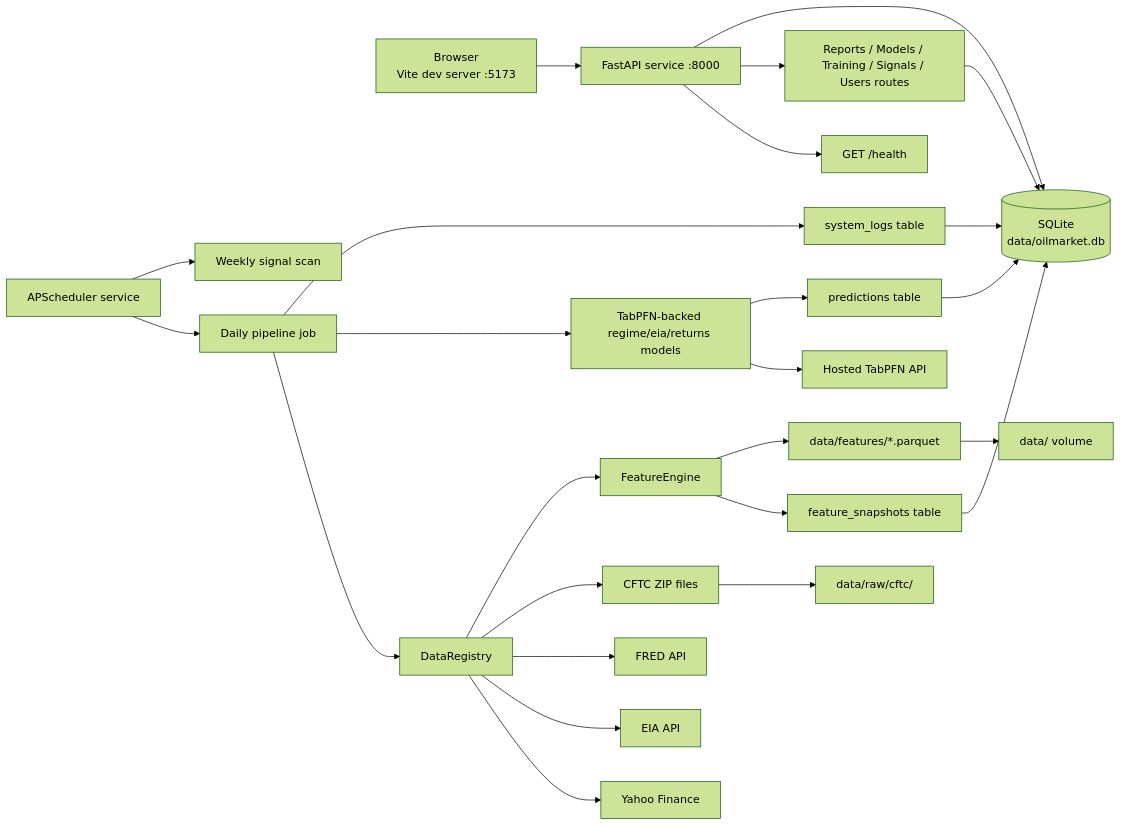
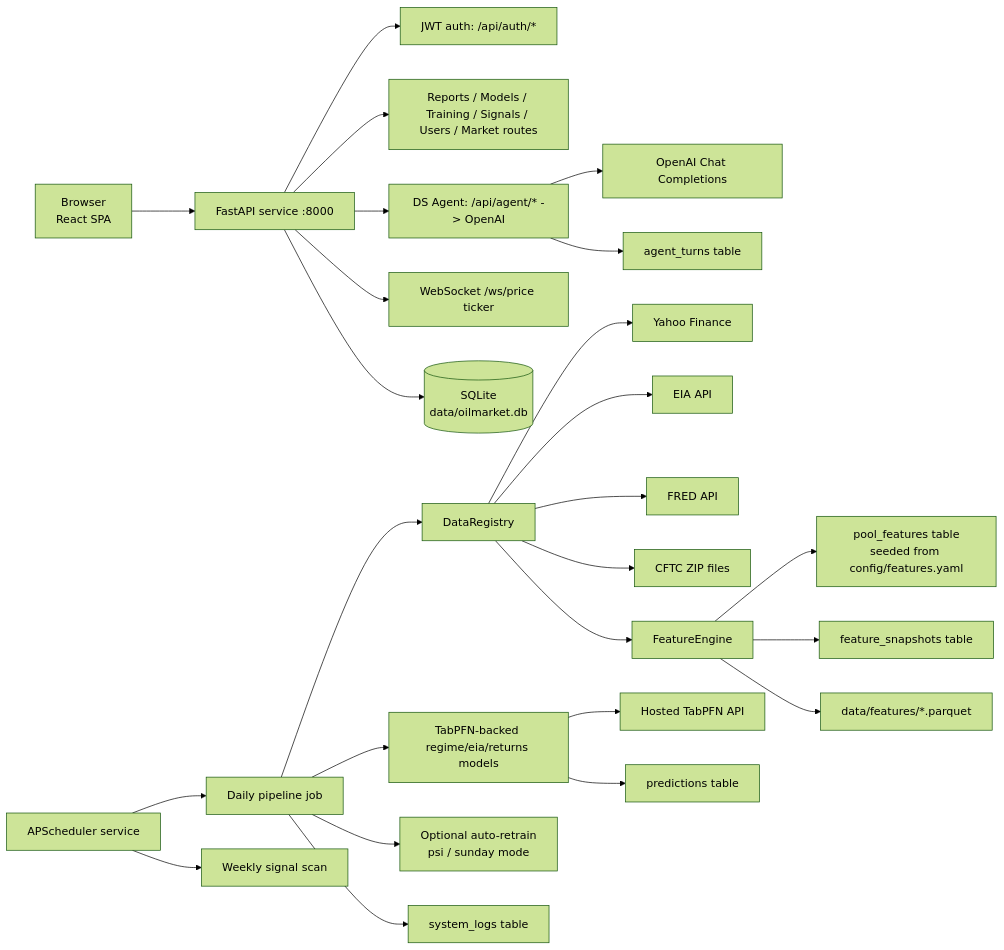
The first of 4 diagrams in docs/architecture.md (skang10/oil-signalyst), drawn with Mermaid (forest theme) before and after one commit. The commit also changed other lines of this file and 2 other files, not shown here.

First line of the commit message:
docs(architecture): bring all three architecture docs to current state

````diff
--- a/docs/architecture.md
+++ b/docs/architecture.md
@@ -11,31 +11,31 @@
 ```mermaid
 flowchart LR
-    Browser[Browser<br/>Vite dev server :5173] --> API[FastAPI service :8000]
+    Browser[Browser<br/>React SPA] --> API[FastAPI service :8000]
     Scheduler[APScheduler service] --> Pipeline[Daily pipeline job]
     Scheduler --> SignalScan[Weekly signal scan]
 
-    API --> Health[GET /health]
-    API --> Reports[Reports / Models / Training / Signals / Users routes]
+    API --> Auth[JWT auth: /api/auth/*]
+    API --> Reports[Reports / Models / Training / Signals / Users / Market routes]
+    API --> Agent[DS Agent: /api/agent/* -> OpenAI]
+    API --> WS[WebSocket /ws/price ticker]
     API --> DB[(SQLite<br/>data/oilmarket.db)]
 
     Pipeline --> Registry[DataRegistry]
     Registry --> Yahoo[Yahoo Finance]
     Registry --> EIA[EIA API]
     Registry --> FRED[FRED API]
     Registry --> CFTC[CFTC ZIP files]
 
     Registry --> FeatureEngine[FeatureEngine]
+    FeatureEngine --> Pool[pool_features table<br/>seeded from config/features.yaml]
     FeatureEngine --> FeatureSnapshot[feature_snapshots table]
     FeatureEngine --> Parquet[data/features/*.parquet]
     Pipeline --> ML[TabPFN-backed regime/eia/returns models]
     ML --> TabPFN[Hosted TabPFN API]
     ML --> Predictions[predictions table]
+    Pipeline --> AutoRetrain[Optional auto-retrain<br/>psi / sunday mode]
     Pipeline --> SystemLog[system_logs table]
 
-    Reports --> DB
-    Predictions --> DB
-    FeatureSnapshot --> DB
-    SystemLog --> DB
-    Parquet --> DataDir[data/ volume]
-    CFTC --> RawCache[data/raw/cftc/]
+    Agent --> OpenAI[OpenAI Chat Completions]
+    Agent --> AgentTurns[agent_turns table]
 ```
````
